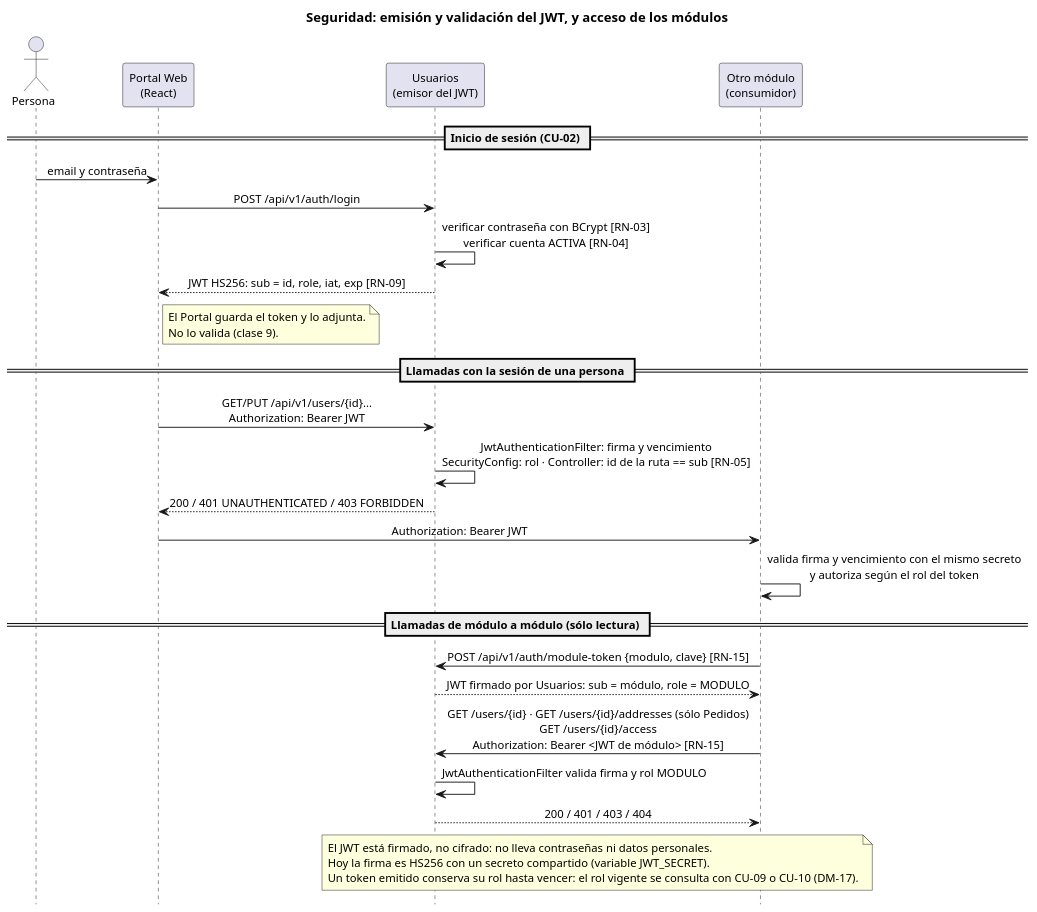
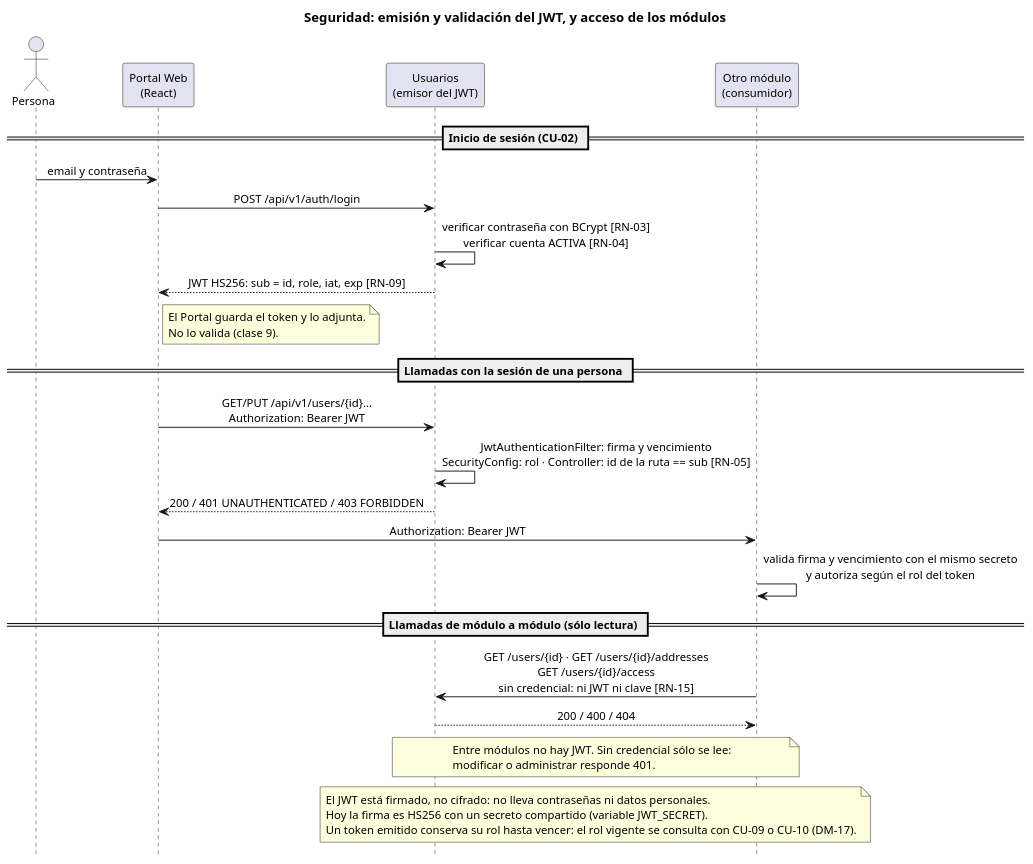
The diagram in doc/Diagramas/seguridad.puml (CarlaGorgal2002/deliverygo-usuarios-auth), drawn with PlantUML before and after one commit. The commit also changed 48 other files, not shown here.

First line of the commit message:
feat(integracion): los modulos consultan a Usuarios sin JWT ni claves

```diff
--- a/doc/Diagramas/seguridad.puml
+++ b/doc/Diagramas/seguridad.puml
@@ -1,41 +1,39 @@
 @startuml seguridad
 skinparam dpi 120
 skinparam shadowing false
 skinparam defaultFontName Arial
 skinparam defaultFontSize 12
 skinparam sequenceMessageAlign center
 hide footbox
 title Seguridad: emisión y validación del JWT, y acceso de los módulos
 
 actor Persona as P
 participant "Portal Web\n(React)" as W
 participant "Usuarios\n(emisor del JWT)" as U
 participant "Otro módulo\n(consumidor)" as M
 
 == Inicio de sesión (CU-02) ==
 P -> W : email y contraseña
 W -> U : POST /api/v1/auth/login
 U -> U : verificar contraseña con BCrypt [RN-03]\nverificar cuenta ACTIVA [RN-04]
 U --> W : JWT HS256: sub = id, role, iat, exp [RN-09]
 note right of W : El Portal guarda el token y lo adjunta.\nNo lo valida (clase 9).
 
 == Llamadas con la sesión de una persona ==
 W -> U : GET/PUT /api/v1/users/{id}...\nAuthorization: Bearer JWT
 U -> U : JwtAuthenticationFilter: firma y vencimiento\nSecurityConfig: rol · Controller: id de la ruta == sub [RN-05]
 U --> W : 200 / 401 UNAUTHENTICATED / 403 FORBIDDEN
 W -> M : Authorization: Bearer JWT
 M -> M : valida firma y vencimiento con el mismo secreto\ny autoriza según el rol del token
 
 == Llamadas de módulo a módulo (sólo lectura) ==
-M -> U : POST /api/v1/auth/module-token {modulo, clave} [RN-15]
-U --> M : JWT firmado por Usuarios: sub = módulo, role = MODULO
-M -> U : GET /users/{id} · GET /users/{id}/addresses (sólo Pedidos)\nGET /users/{id}/access\nAuthorization: Bearer <JWT de módulo> [RN-15]
-U -> U : JwtAuthenticationFilter valida firma y rol MODULO
-U --> M : 200 / 401 / 403 / 404
+M -> U : GET /users/{id} · GET /users/{id}/addresses\nGET /users/{id}/access\nsin credencial: ni JWT ni clave [RN-15]
+U --> M : 200 / 400 / 404
+note over U, M : Entre módulos no hay JWT. Sin credencial sólo se lee:\nmodificar o administrar responde 401.
 
 note over U, M
   El JWT está firmado, no cifrado: no lleva contraseñas ni datos personales.
   Hoy la firma es HS256 con un secreto compartido (variable JWT_SECRET).
   Un token emitido conserva su rol hasta vencer: el rol vigente se consulta con CU-09 o CU-10 (DM-17).
 end note
 @enduml
```
